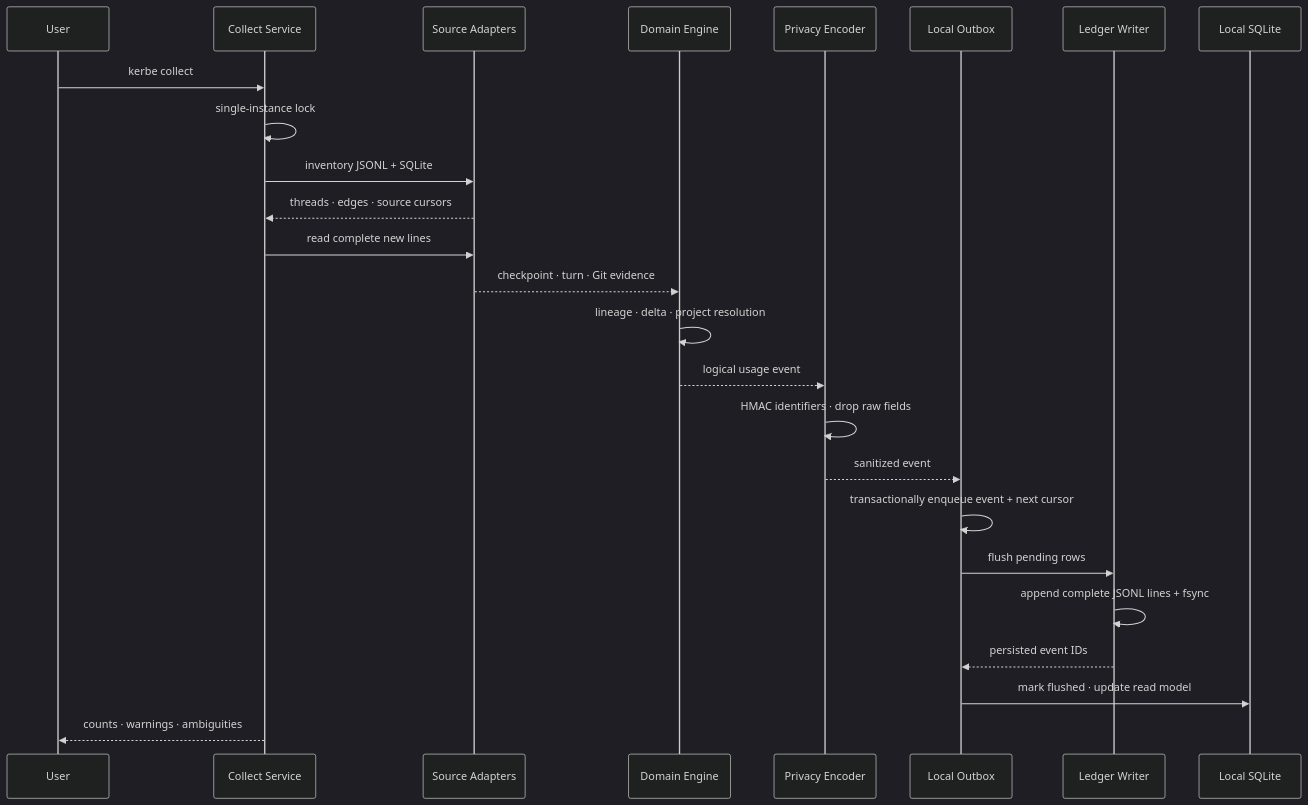
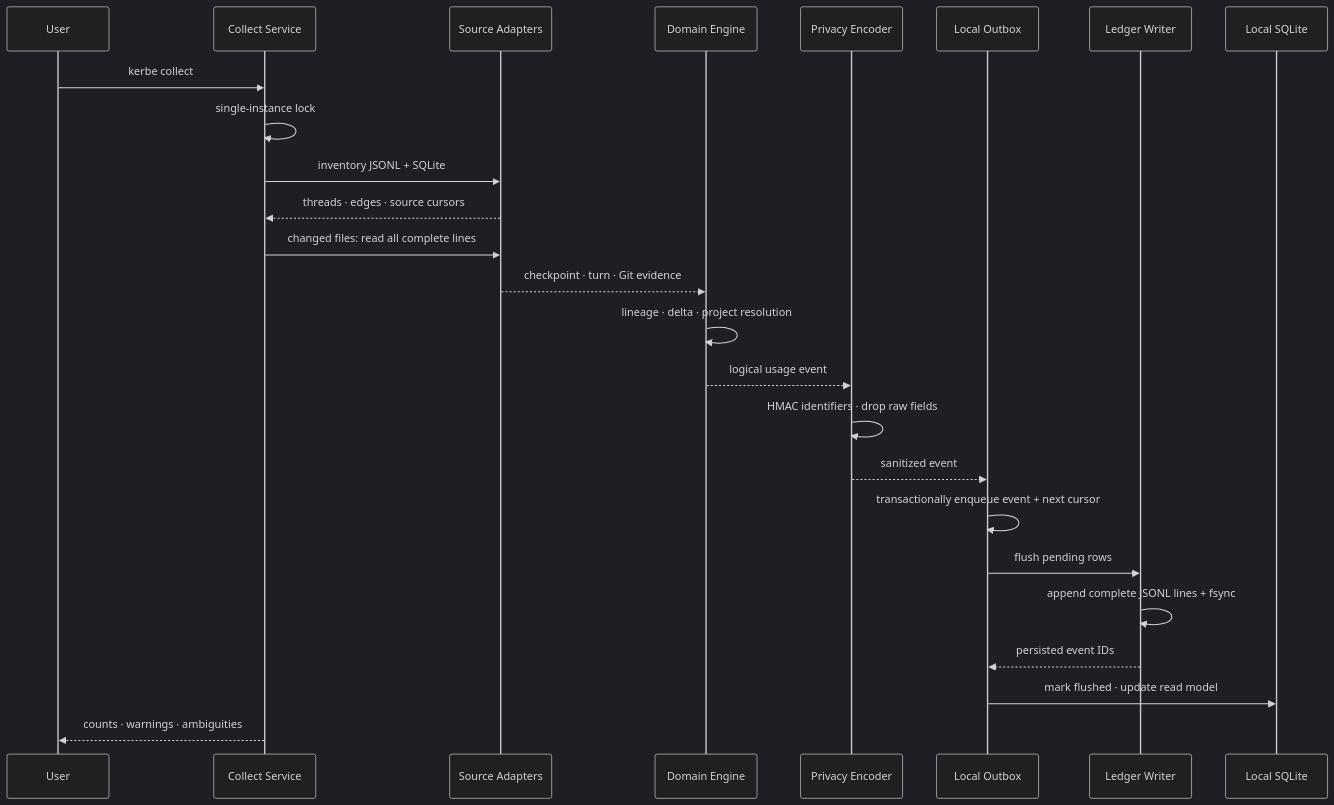
One commit to shotgun1107/kerbe changed the third of 6 diagrams in ARCHITECTURE.md. Above: the diagram before and after it, drawn with Mermaid (dark theme). The commit also changed other lines of this file and 16 other files, not shown here.

Commit message:
Document CLI contracts, UX review, and approved development roadmap

````diff
--- a/ARCHITECTURE.md
+++ b/ARCHITECTURE.md
@@ -104,28 +106,28 @@
 ```mermaid
 sequenceDiagram
     participant U as User
     participant C as Collect Service
     participant S as Source Adapters
     participant D as Domain Engine
     participant P as Privacy Encoder
     participant O as Local Outbox
     participant L as Ledger Writer
     participant I as Local SQLite
 
     U->>C: kerbe collect
     C->>C: single-instance lock
     C->>S: inventory JSONL + SQLite
     S-->>C: threads · edges · source cursors
-    C->>S: read complete new lines
+    C->>S: changed files: read all complete lines
     S-->>D: checkpoint · turn · Git evidence
     D->>D: lineage · delta · project resolution
     D-->>P: logical usage event
     P->>P: HMAC identifiers · drop raw fields
     P-->>O: sanitized event
     O->>O: transactionally enqueue event + next cursor
     O->>L: flush pending rows
     L->>L: append complete JSONL lines + fsync
     L-->>O: persisted event IDs
     O->>I: mark flushed · update read model
     C-->>U: counts · warnings · ambiguities
 ```
````
